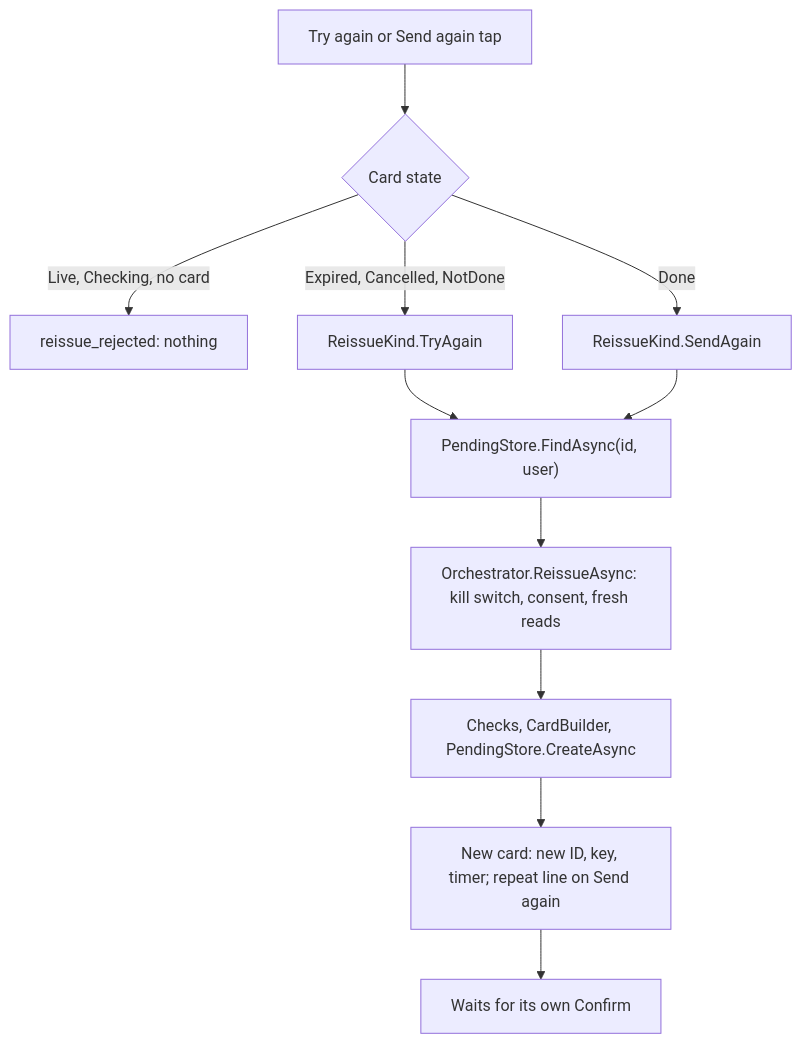
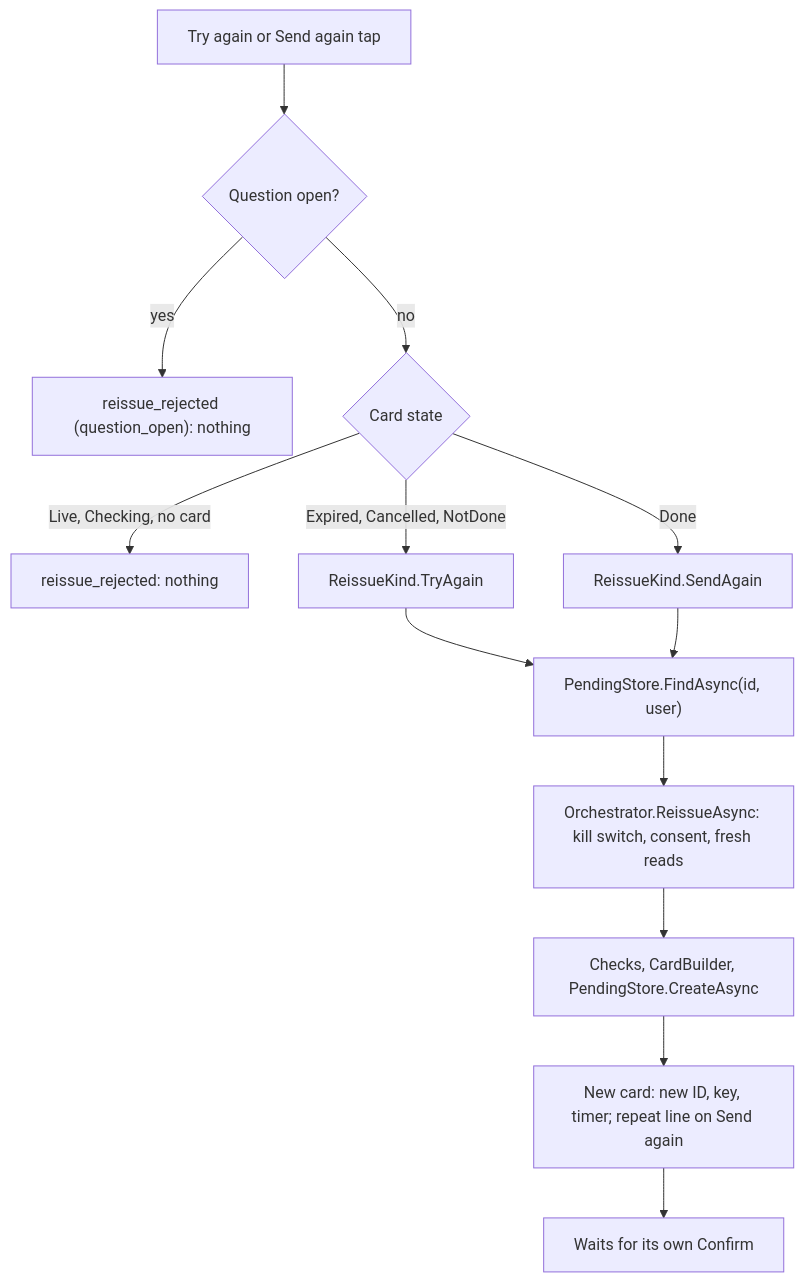
The fifth of 22 diagrams in docs/agent-core.md (Khalil-Alhadidi/Naqoli), drawn with Mermaid before and after one commit. The commit also changed other lines of this file and 21 other files, not shown here.

Commit message:
feat(core): the cap from Agent:MaxRequestsPerMessage (rule 22): the rest are named under the last prepared card and logged more_than_three_requests; Confirm and Cancel name their card, a tap for a card no longer shown is already_handled

````diff
--- a/docs/agent-core.md
+++ b/docs/agent-core.md
@@ -196,13 +199,15 @@
 ```mermaid
 flowchart TD
-    T["Try again or Send again tap"] --> S{"Card state"}
+    T["Try again or Send again tap"] --> Q{"Question open?"}
+    Q -- yes --> QR["reissue_rejected (question_open): nothing"]
+    Q -- no --> S{"Card state"}
     S -- "Live, Checking, no card" --> R["reissue_rejected: nothing"]
     S -- "Expired, Cancelled, NotDone" --> A["ReissueKind.TryAgain"]
     S -- "Done" --> B["ReissueKind.SendAgain"]
     A --> F["PendingStore.FindAsync(id, user)"]
     B --> F
     F --> O["Orchestrator.ReissueAsync: kill switch, consent, fresh reads"]
     O --> C["Checks, CardBuilder, PendingStore.CreateAsync"]
     C --> N["New card: new ID, key, timer; repeat line on Send again"]
     N --> W["Waits for its own Confirm"]
 ```
````
